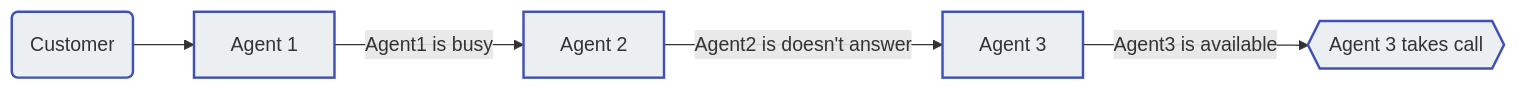
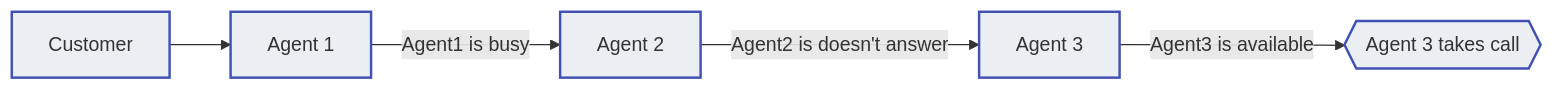
Before and after one commit to connexcs/docs: the second of 3 diagrams in docs/class5/creating-group.md, drawn with Mermaid.

Commit message:
Update creating-group.md
fix sequential flow

````diff
--- a/docs/class5/creating-group.md
+++ b/docs/class5/creating-group.md
@@ -30,12 +30,12 @@
 ```mermaid
 graph LR
-A(Customer) --> B[Agent 1]
+A[Customer] --> B[Agent 1]
 B -->|Agent1 is busy| C[Agent 2]
 C -->|Agent2 is doesn't answer| D[Agent 3]
 D -->|Agent3 is available| E{{Agent 3 takes call}}
 style A fill:#ECEFF1,stroke:#4051b5,stroke-width:2px
 style B fill:#ECEFF1,stroke:#4051b5,stroke-width:2px
 style C fill:#ECEFF1,stroke:#4051b5,stroke-width:2px
 style D fill:#ECEFF1,stroke:#4051b5,stroke-width:2px
 style E fill:#ECEFF1,stroke:#4051b5,stroke-width:2px
 ```
````
